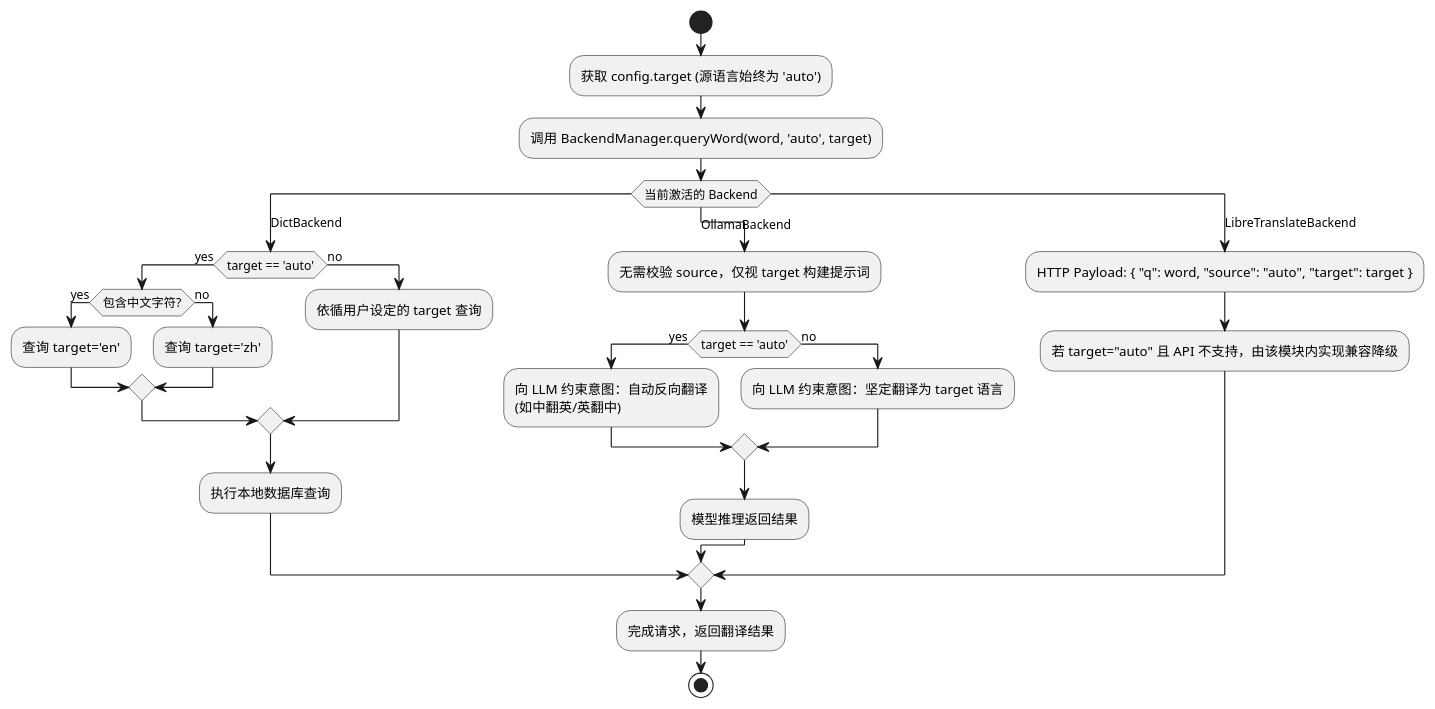
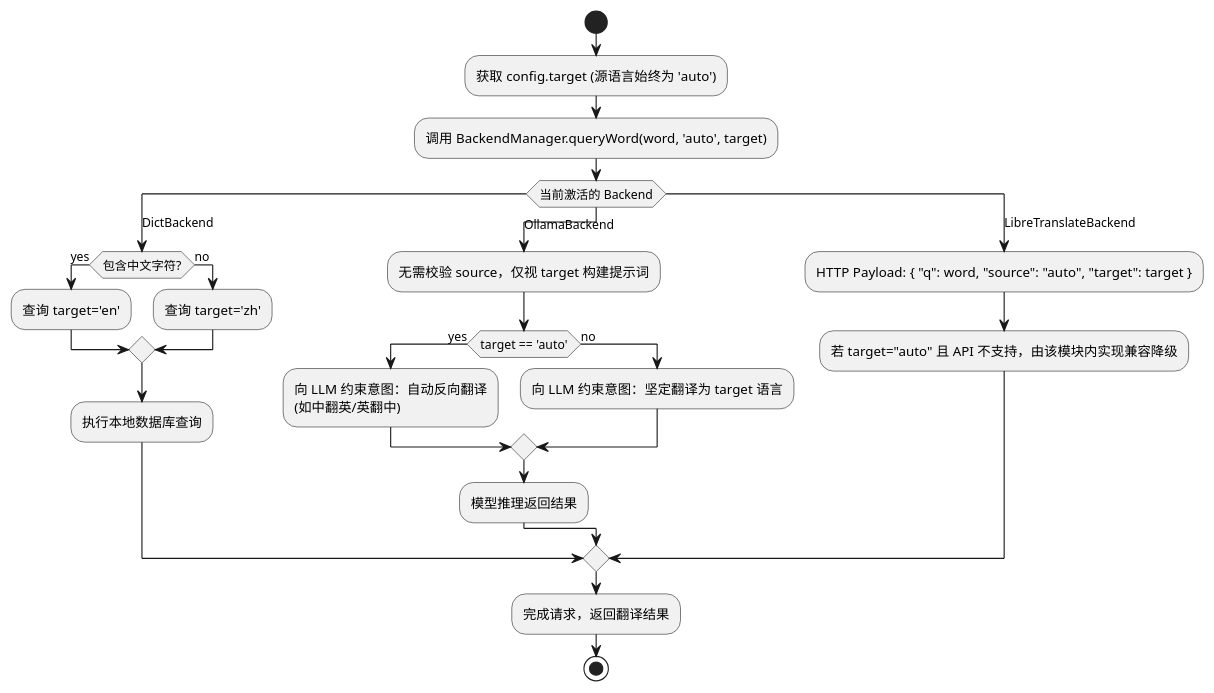
One commit to zhougy0717/utools_local_translate changed the diagram in doc/spec/spec-00043-language-slash-commands-design.md. Above: the diagram before and after it, drawn with PlantUML. The commit also changed other lines of this file, not shown here.

Commit message:
docs: finalize slash commands design spec (spec-00043)

````diff
--- a/doc/spec/spec-00043-language-slash-commands-design.md
+++ b/doc/spec/spec-00043-language-slash-commands-design.md
@@ -37,41 +37,37 @@
 ```plantuml
 @startuml
 skinparam handwritten false
 skinparam monochrome true
 skinparam DefaultFontName sans-serif
 
 start
 :获取 config.target (源语言始终为 'auto');
 :调用 BackendManager.queryWord(word, 'auto', target);
 
 switch (当前激活的 Backend)
 case (DictBackend)
-  if (target == 'auto') then (yes)
-    if (包含中文字符?) then (yes)
-      :查询 target='en';
-    else (no)
-      :查询 target='zh';
-    endif
+  if (包含中文字符?) then (yes)
+    :查询 target='en';
   else (no)
-    :依循用户设定的 target 查询;
+    :查询 target='zh';
   endif
   :执行本地数据库查询;
 
 case (OllamaBackend)
   :无需校验 source，仅视 target 构建提示词;
   if (target == 'auto') then (yes)
     :向 LLM 约束意图：自动反向翻译\n(如中翻英/英翻中);
   else (no)
     :向 LLM 约束意图：坚定翻译为 target 语言;
   endif
   :模型推理返回结果;
 
 case (LibreTranslateBackend)
   :HTTP Payload: { "q": word, "source": "auto", "target": target };
   :若 target="auto" 且 API 不支持，由该模块内实现兼容降级;
 endswitch
 
 :完成请求，返回翻译结果;
 stop
 @enduml
 ```
````
